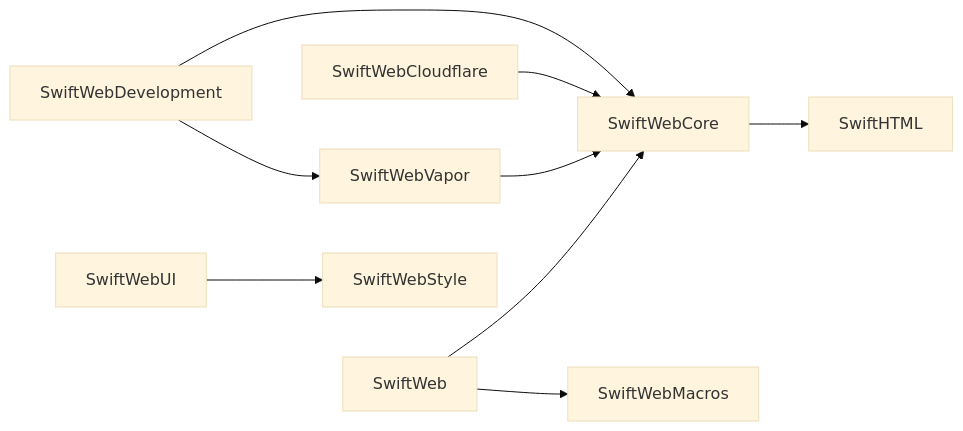
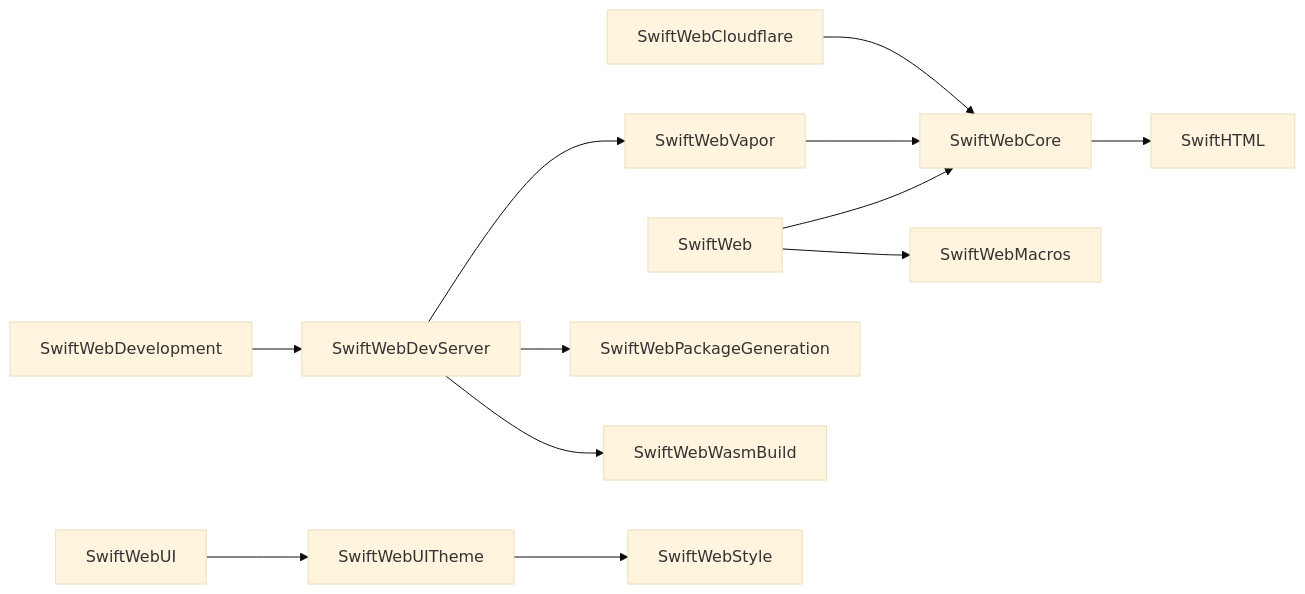
The sixth of 7 diagrams in docs/PlatformHostArchitecture.md (1amageek/swift-web), drawn with Mermaid (base theme) before and after one commit. The commit also changed other lines of this file and 354 other files, not shown here.

````diff
--- a/docs/PlatformHostArchitecture.md
+++ b/docs/PlatformHostArchitecture.md
@@ -328,11 +333,14 @@
 ```mermaid
 flowchart LR
   A["SwiftWeb"] --> B["SwiftWebCore"]
   A --> C["SwiftWebMacros"]
   D["SwiftWebVapor"] --> B
   E["SwiftWebCloudflare"] --> B
-  F["SwiftWebDevelopment"] --> B
-  F --> D
-  G["SwiftWebUI"] --> H["SwiftWebStyle"]
-  B --> I["SwiftHTML"]
+  F["SwiftWebDevelopment"] --> G["SwiftWebDevServer"]
+  G --> H["SwiftWebPackageGeneration"]
+  G --> I["SwiftWebWasmBuild"]
+  G --> D
+  J["SwiftWebUI"] --> K["SwiftWebUITheme"]
+  K --> L["SwiftWebStyle"]
+  B --> M["SwiftHTML"]
 ```
````
